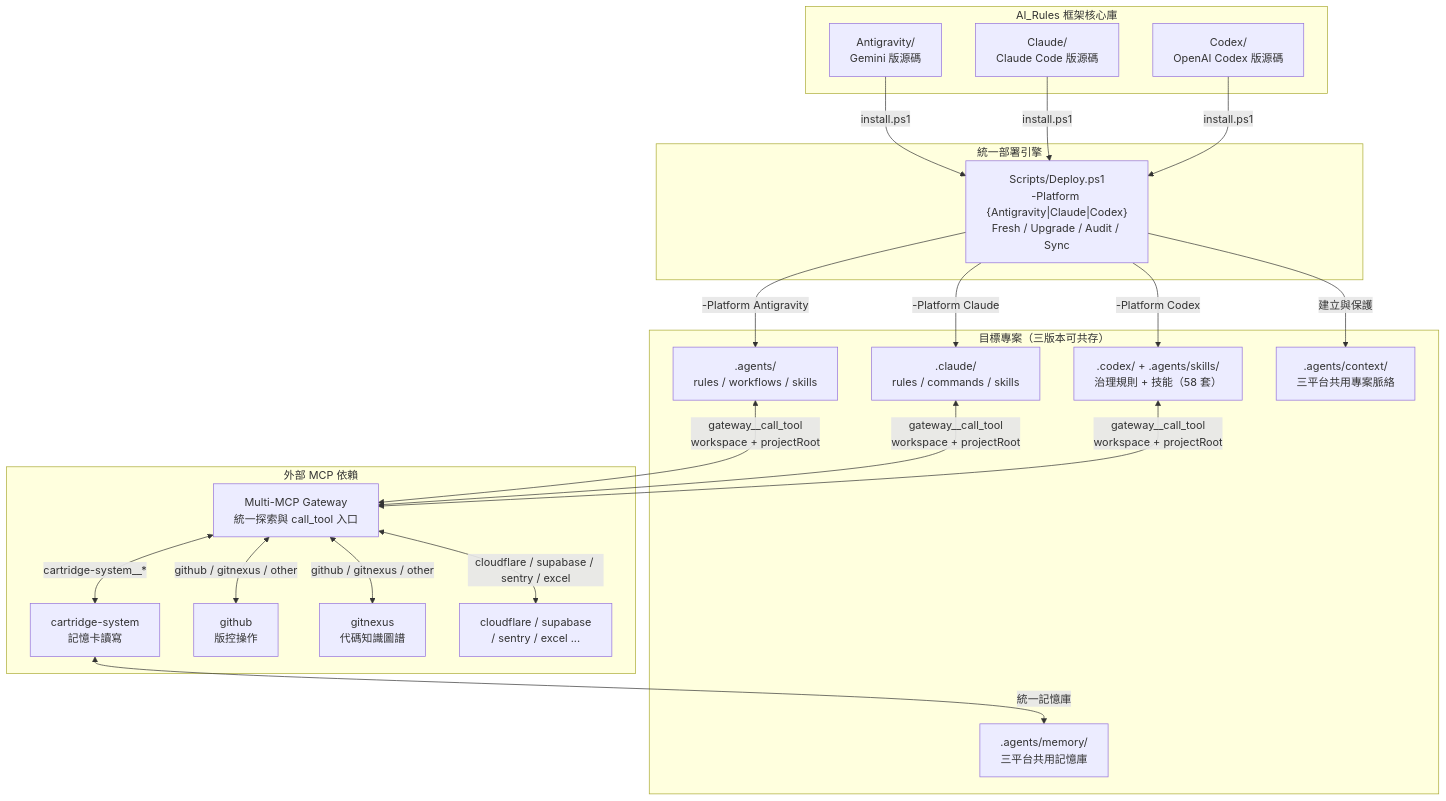
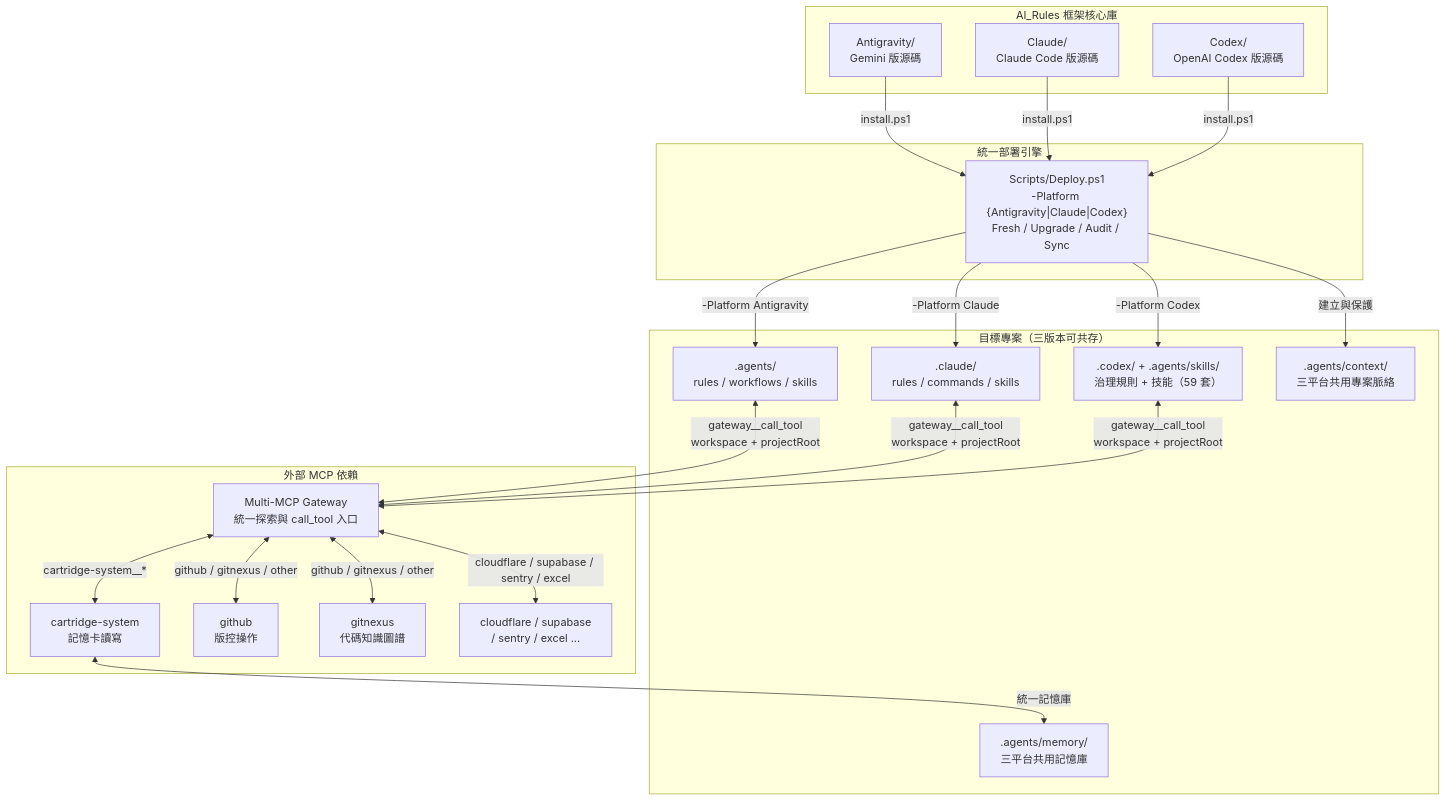
Before and after one commit to Kunshao1117/AI_Rules: the first of 3 diagrams in README.md, drawn with Mermaid. The commit also changed other lines of this file and 61 other files, not shown here.

````diff
--- a/README.md
+++ b/README.md
@@ -253,44 +253,44 @@
 ```mermaid
 graph TB
     subgraph "AI_Rules 框架核心庫"
         AG["Antigravity/<br/>Gemini 版源碼"]
         CL["Claude/<br/>Claude Code 版源碼"]
         CX["Codex/<br/>OpenAI Codex 版源碼"]
     end
 
     subgraph "統一部署引擎"
         DEPLOY["Scripts/Deploy.ps1<br/>-Platform {Antigravity|Claude|Codex}<br/>Fresh / Upgrade / Audit / Sync"]
     end
 
     subgraph "目標專案（三版本可共存）"
         AGE[".agents/<br/>rules / workflows / skills"]
         CLE[".claude/<br/>rules / commands / skills"]
-        CXE[".codex/ + .agents/skills/<br/>治理規則 + 技能（58 套）"]
+        CXE[".codex/ + .agents/skills/<br/>治理規則 + 技能（59 套）"]
         MEM[".agents/memory/<br/>三平台共用記憶庫"]
         CTX[".agents/context/<br/>三平台共用專案脈絡"]
     end
 
     subgraph "外部 MCP 依賴"
         GW["Multi-MCP Gateway<br/>統一探索與 call_tool 入口"]
         CART["cartridge-system<br/>記憶卡讀寫"]
         GH["github<br/>版控操作"]
         GN["gitnexus<br/>代碼知識圖譜"]
         OTHER["cloudflare / supabase<br/>/ sentry / excel ..."]
     end
 
     AG -->|"install.ps1"| DEPLOY
     CL -->|"install.ps1"| DEPLOY
     CX -->|"install.ps1"| DEPLOY
     DEPLOY -->|"-Platform Antigravity"| AGE
     DEPLOY -->|"-Platform Claude"| CLE
     DEPLOY -->|"-Platform Codex"| CXE
     AGE <-->|"gateway__call_tool<br/>workspace + projectRoot"| GW
     CLE <-->|"gateway__call_tool<br/>workspace + projectRoot"| GW
     CXE <-->|"gateway__call_tool<br/>workspace + projectRoot"| GW
     GW <-->|"cartridge-system__*"| CART
     GW <-->|"github / gitnexus / other"| GH
     GW <-->|"github / gitnexus / other"| GN
     GW <-->|"cloudflare / supabase / sentry / excel"| OTHER
     CART <-->|"統一記憶庫"| MEM
     DEPLOY -->|"建立與保護"| CTX
 ```
````
